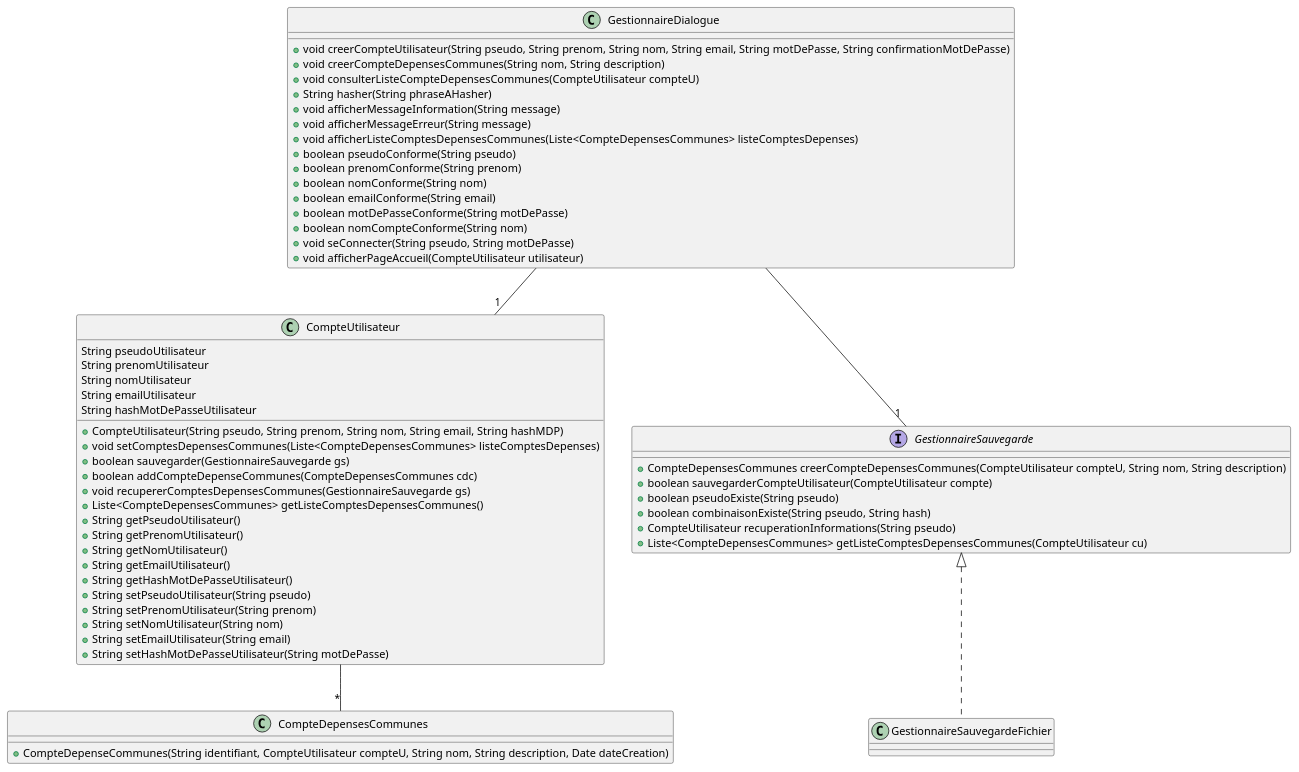
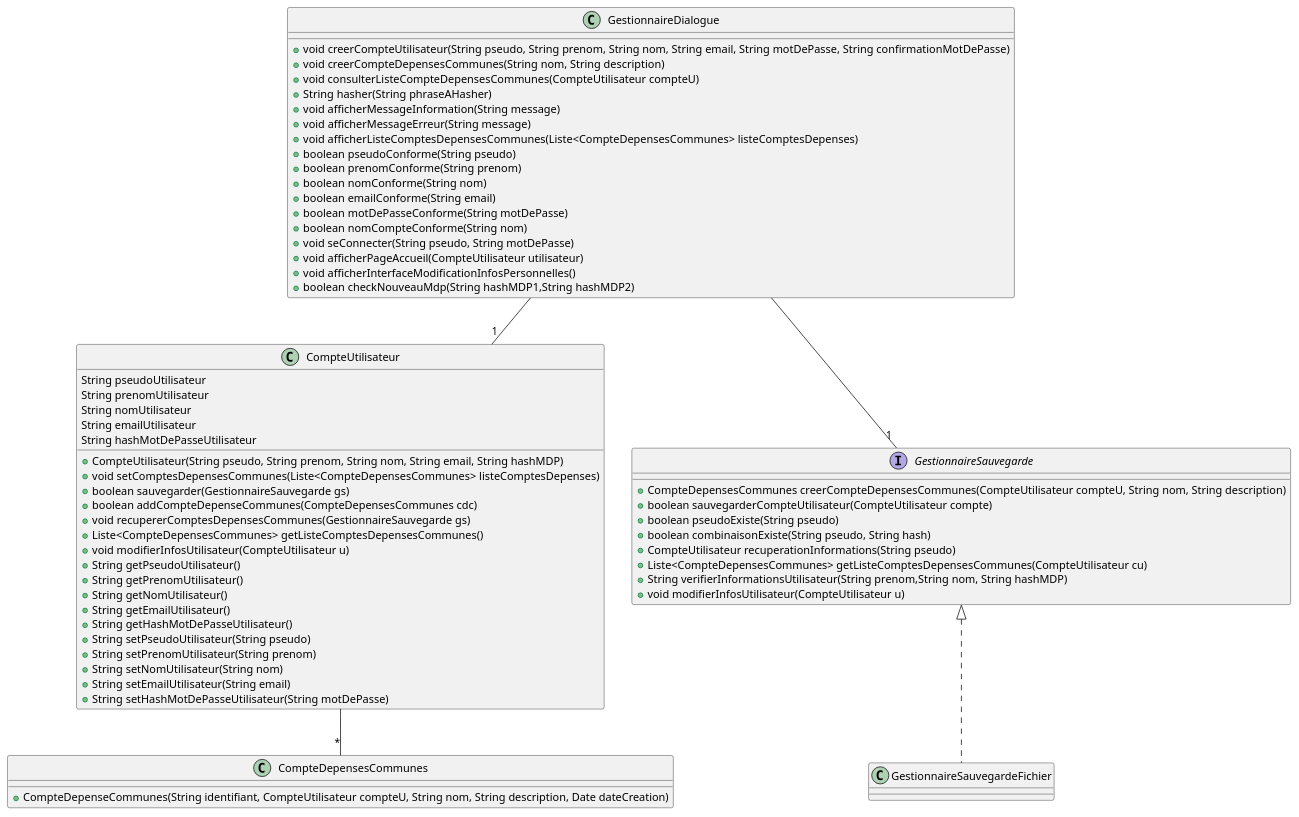
One commit to lmtb06/sharecount changed the diagram in diagrammes/conception/classes.puml. Above: the diagram before and after it, drawn with PlantUML. The commit also changed 1 other file, not shown here.

Commit message:
Modifié le cas de modifier-infos-personnelles.puml et ajouté les fonctions dans classes.puml

```diff
--- a/diagrammes/conception/classes.puml
+++ b/diagrammes/conception/classes.puml
@@ -1,63 +1,68 @@
 @startuml Classes
 
 	class GestionnaireDialogue {
 		+void creerCompteUtilisateur(String pseudo, String prenom, String nom, String email, String motDePasse, String confirmationMotDePasse)
 		+void creerCompteDepensesCommunes(String nom, String description)
 		+void consulterListeCompteDepensesCommunes(CompteUtilisateur compteU)
 		+String hasher(String phraseAHasher)
 		+void afficherMessageInformation(String message)
 		+void afficherMessageErreur(String message)
 		+void afficherListeComptesDepensesCommunes(Liste<CompteDepensesCommunes> listeComptesDepenses)
 		+boolean pseudoConforme(String pseudo)
 		+boolean prenomConforme(String prenom)
 		+boolean nomConforme(String nom)
 		+boolean emailConforme(String email)
 		+boolean motDePasseConforme(String motDePasse)
 		+boolean nomCompteConforme(String nom)
 		+void seConnecter(String pseudo, String motDePasse)
 		+void afficherPageAccueil(CompteUtilisateur utilisateur)
+		+void afficherInterfaceModificationInfosPersonnelles()
+		+boolean checkNouveauMdp(String hashMDP1,String hashMDP2)
 	}
 	GestionnaireDialogue --"1" CompteUtilisateur
 	GestionnaireDialogue --"1" GestionnaireSauvegarde
 
 	interface GestionnaireSauvegarde {
 		+CompteDepensesCommunes creerCompteDepensesCommunes(CompteUtilisateur compteU, String nom, String description)
 		+boolean sauvegarderCompteUtilisateur(CompteUtilisateur compte)
 		+boolean pseudoExiste(String pseudo)
 		+boolean combinaisonExiste(String pseudo, String hash)
 		+CompteUtilisateur recuperationInformations(String pseudo)
 		+Liste<CompteDepensesCommunes> getListeComptesDepensesCommunes(CompteUtilisateur cu)
+		+String verifierInformationsUtilisateur(String prenom,String nom, String hashMDP)
+		+void modifierInfosUtilisateur(CompteUtilisateur u)
 	}
 
 	class GestionnaireSauvegardeFichier implements GestionnaireSauvegarde {
 
 	}
 	class CompteUtilisateur {
 		String pseudoUtilisateur
 		String prenomUtilisateur
 		String nomUtilisateur
 		String emailUtilisateur
 		String hashMotDePasseUtilisateur
 		+CompteUtilisateur(String pseudo, String prenom, String nom, String email, String hashMDP)
 		+void setComptesDepensesCommunes(Liste<CompteDepensesCommunes> listeComptesDepenses)
 		+boolean sauvegarder(GestionnaireSauvegarde gs)
 		+boolean addCompteDepenseCommunes(CompteDepensesCommunes cdc)
 		+void recupererComptesDepensesCommunes(GestionnaireSauvegarde gs)
 		+Liste<CompteDepensesCommunes> getListeComptesDepensesCommunes()
+		+void modifierInfosUtilisateur(CompteUtilisateur u)
 		+String getPseudoUtilisateur()
 		+String getPrenomUtilisateur()
 		+String getNomUtilisateur()
 		+String getEmailUtilisateur()
 		+String getHashMotDePasseUtilisateur()
 		+String setPseudoUtilisateur(String pseudo)
 		+String setPrenomUtilisateur(String prenom)
 		+String setNomUtilisateur(String nom)
 		+String setEmailUtilisateur(String email)
 		+String setHashMotDePasseUtilisateur(String motDePasse)
 	}
 	CompteUtilisateur --"*" CompteDepensesCommunes
 	class CompteDepensesCommunes {
 		+CompteDepenseCommunes(String identifiant, CompteUtilisateur compteU, String nom, String description, Date dateCreation)
 	}
 
 @enduml
```
